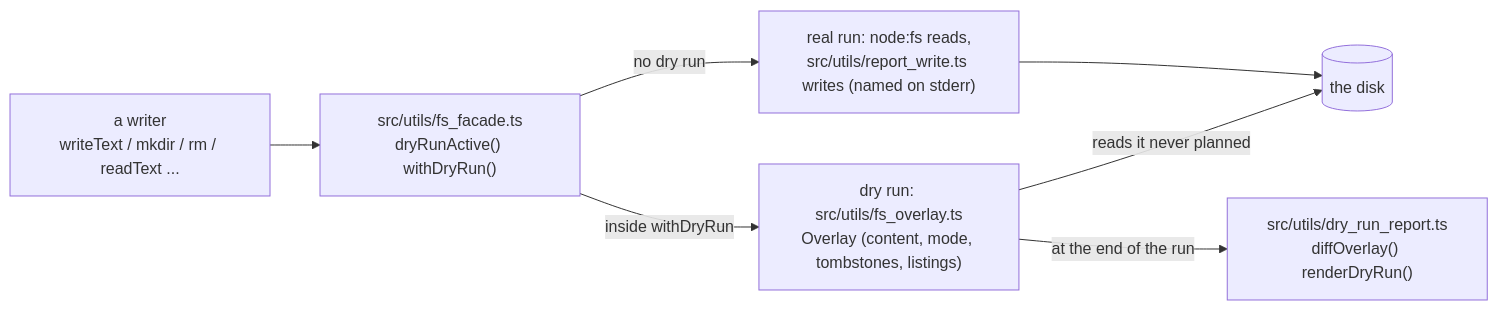
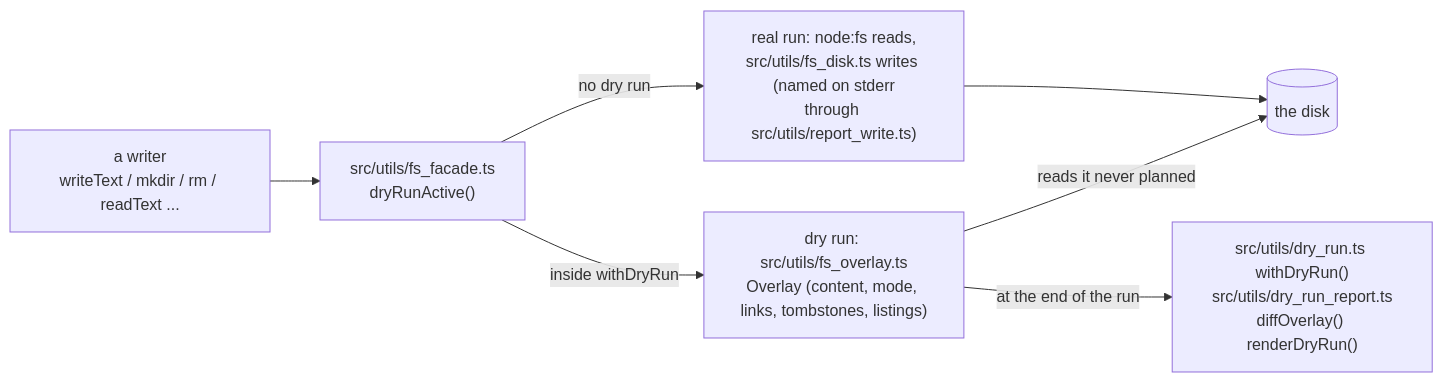
The diagram in docs/dry-run-facade.md (Vivswan/copilot-env), drawn with Mermaid before and after one commit. The commit also changed other lines of this file and 47 other files, not shown here.

Commit message:
refactor(dry-run): the fs facade covers every write shape and bridges the plan collector (#322)

````diff
--- a/docs/dry-run-facade.md
+++ b/docs/dry-run-facade.md
@@ -15,14 +15,14 @@
 ```mermaid
 flowchart LR
   writer["a writer<br>writeText / mkdir / rm / readText ..."]
-  seam["src/utils/fs_facade.ts<br>dryRunActive() withDryRun()"]
-  real["real run: node:fs reads,<br>src/utils/report_write.ts writes (named on stderr)"]
-  overlay["dry run: src/utils/fs_overlay.ts<br>Overlay (content, mode, tombstones, listings)"]
+  seam["src/utils/fs_facade.ts<br>dryRunActive()"]
+  real["real run: node:fs reads,<br>src/utils/fs_disk.ts writes (named on stderr<br>through src/utils/report_write.ts)"]
+  overlay["dry run: src/utils/fs_overlay.ts<br>Overlay (content, mode, links, tombstones, listings)"]
   disk[("the disk")]
-  report["src/utils/dry_run_report.ts<br>diffOverlay() renderDryRun()"]
+  report["src/utils/dry_run.ts withDryRun()<br>src/utils/dry_run_report.ts<br>diffOverlay() renderDryRun()"]
   writer --> seam
   seam -->|"no dry run"| real --> disk
   seam -->|"inside withDryRun"| overlay
   overlay -->|"reads it never planned"| disk
   overlay -->|"at the end of the run"| report
 ```
````
